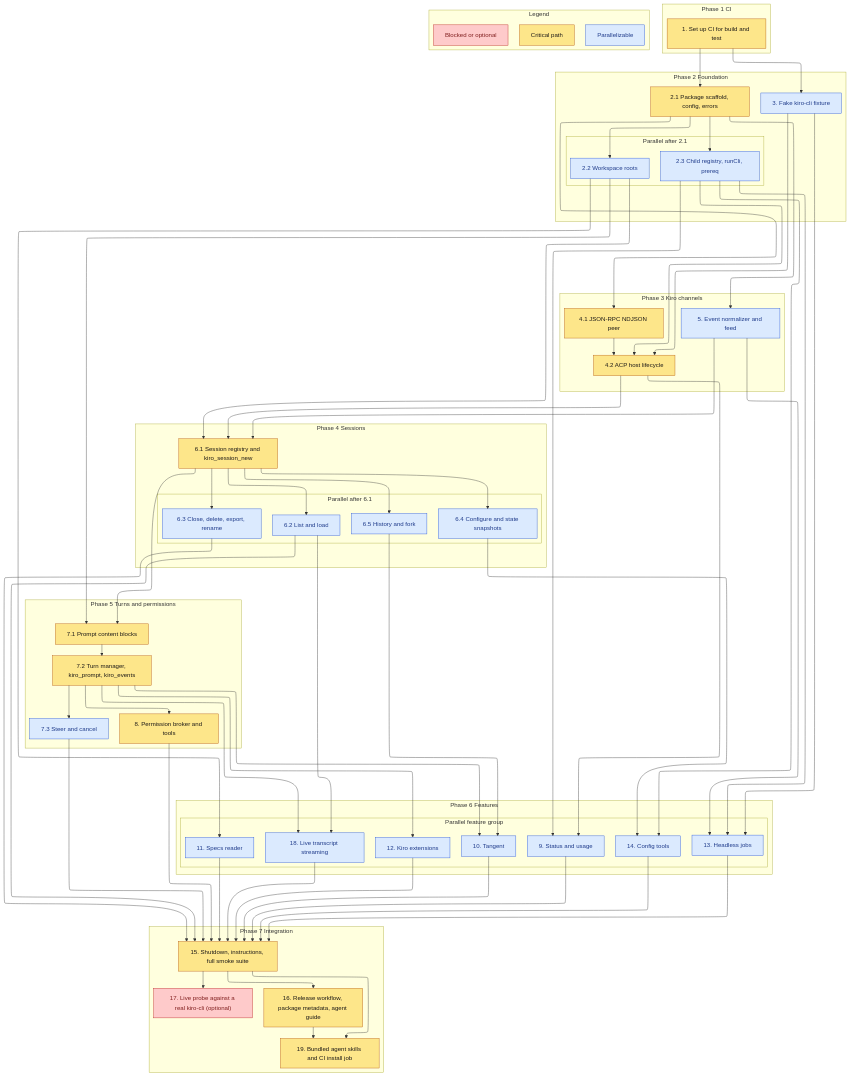
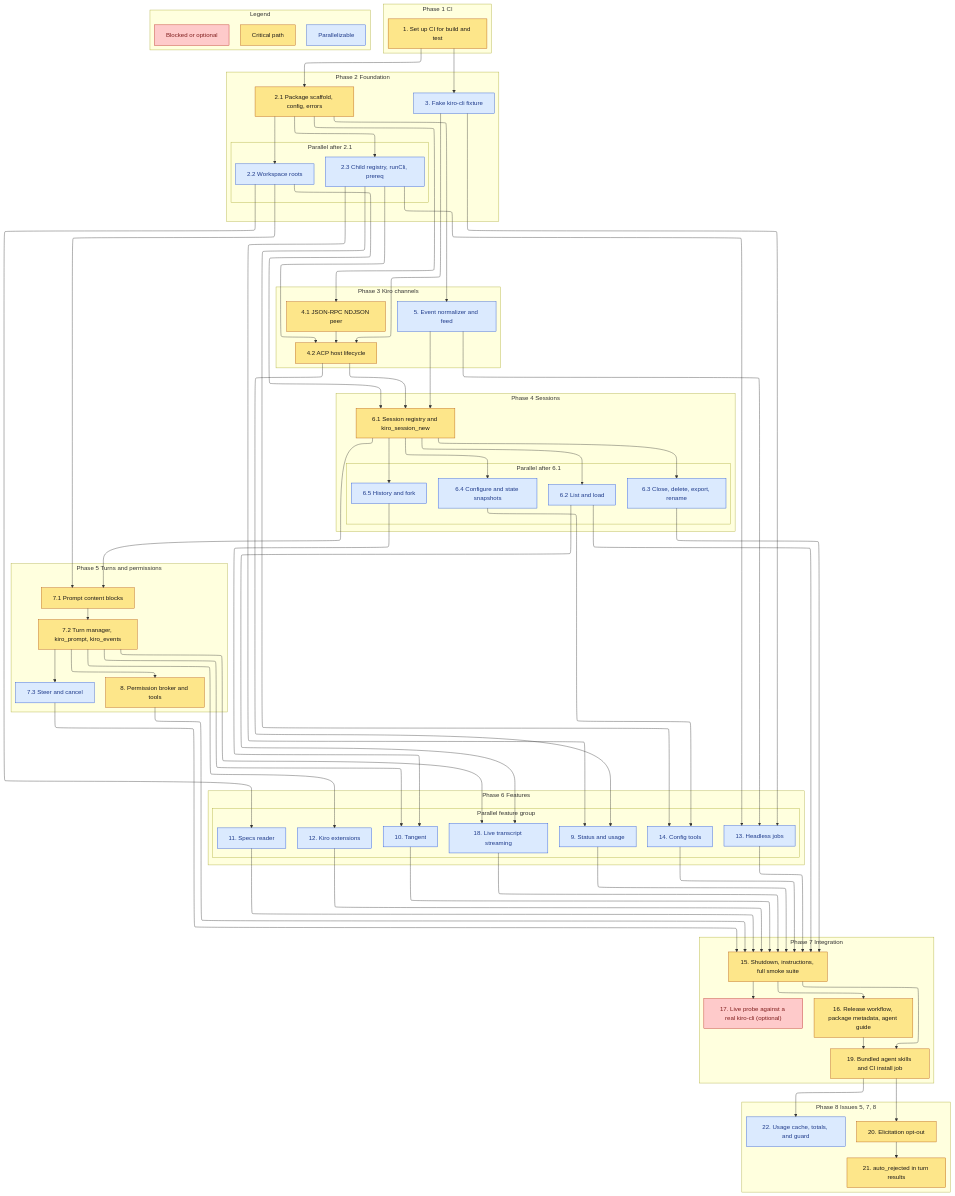
The diagram in .kiro/specs/kiro-v3-orchestration/tasks.md (sohampatwardhan/kiro-mcp-server), drawn with Mermaid before and after one commit. The commit also changed other lines of this file, not shown here.

```diff
--- a/.kiro/specs/kiro-v3-orchestration/tasks.md
+++ b/.kiro/specs/kiro-v3-orchestration/tasks.md
@@ -59,6 +59,11 @@
     t16["16. Release workflow, package metadata, agent guide"]
     t17["17. Live probe against a real kiro-cli (optional)"]
     t19["19. Bundled agent skills and CI install job"]
+  end
+  subgraph phase8 [Phase 8 Issues 5, 7, 8]
+    i20["20. Elicitation opt-out"]
+    i21["21. auto_rejected in turn results"]
+    i22["22. Usage cache, totals, and guard"]
   end
   subgraph legend [Legend]
     legCrit["Critical path"]
@@ -114,11 +119,14 @@
   t16 --> t19
   t15 --> t16
   t15 --> t17
+  t19 --> i20
+  i20 --> i21
+  t19 --> i22
   classDef critical fill:#fde68a,stroke:#b45309,color:#1c1917
   classDef parallel fill:#dbeafe,stroke:#1d4ed8,color:#1e3a8a
   classDef blocked fill:#fecaca,stroke:#b91c1c,color:#7f1d1d
-  class t1,t21,t41,t42,t61,t71,t72,t8,t15,t16,t19 critical
-  class t22,t23,t3,t5,t62,t63,t64,t65,t73,t9,t10,t11,t12,t13,t14,t18 parallel
+  class t1,t21,t41,t42,t61,t71,t72,t8,t15,t16,t19,i20,i21 critical
+  class t22,t23,t3,t5,t62,t63,t64,t65,t73,t9,t10,t11,t12,t13,t14,t18,i22 parallel
   class t17 blocked
   class legCrit critical
   class legPar parallel
```
